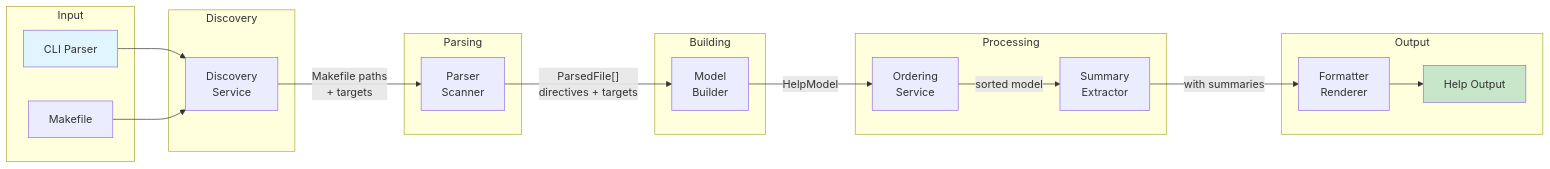
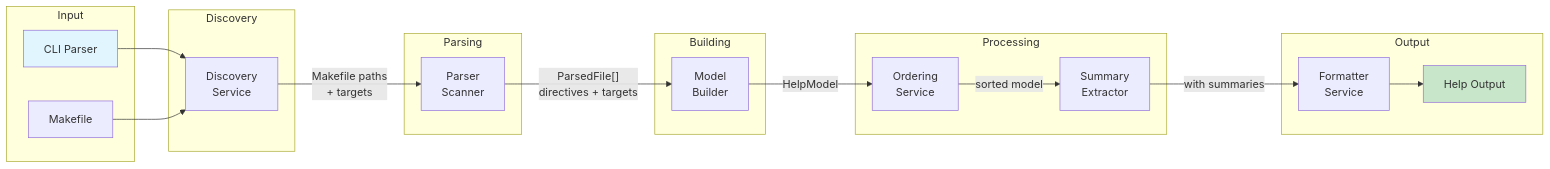
The diagram in docs/architecture/diagrams/pipeline-overview.mmd (sdlcforge/make-help), drawn with Mermaid before and after one commit. The commit also changed 7 other files, not shown here.

```diff
--- a/docs/architecture/diagrams/pipeline-overview.mmd
+++ b/docs/architecture/diagrams/pipeline-overview.mmd
@@ -1,42 +1,42 @@
 %% Processing Pipeline Overview
 %% Shows the flow from CLI input through all processing stages to output
 
 flowchart LR
     subgraph Input
         CLI[CLI Parser]
         MF[Makefile]
     end
 
     subgraph Discovery
         DS[Discovery<br/>Service]
     end
 
     subgraph Parsing
         PS[Parser<br/>Scanner]
     end
 
     subgraph Building
         MB[Model<br/>Builder]
     end
 
     subgraph Processing
         OS[Ordering<br/>Service]
         SE[Summary<br/>Extractor]
     end
 
     subgraph Output
-        FM[Formatter<br/>Renderer]
+        FM[Formatter<br/>Service]
         OUT[Help Output]
     end
 
     CLI --> DS
     MF --> DS
     DS -->|"Makefile paths<br/>+ targets"| PS
     PS -->|"ParsedFile[]<br/>directives + targets"| MB
     MB -->|"HelpModel"| OS
     OS -->|"sorted model"| SE
     SE -->|"with summaries"| FM
     FM --> OUT
 
     style CLI fill:#e1f5fe
     style OUT fill:#c8e6c9
```
